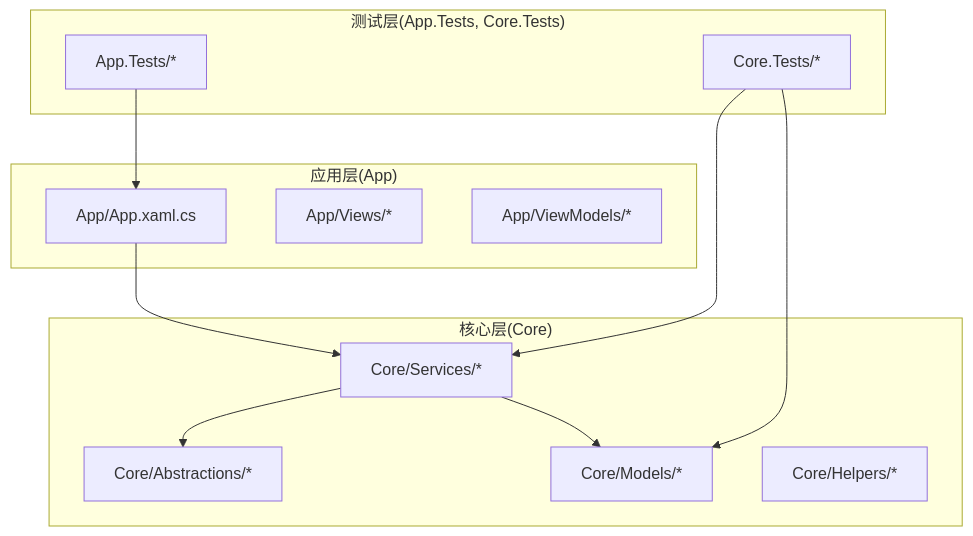
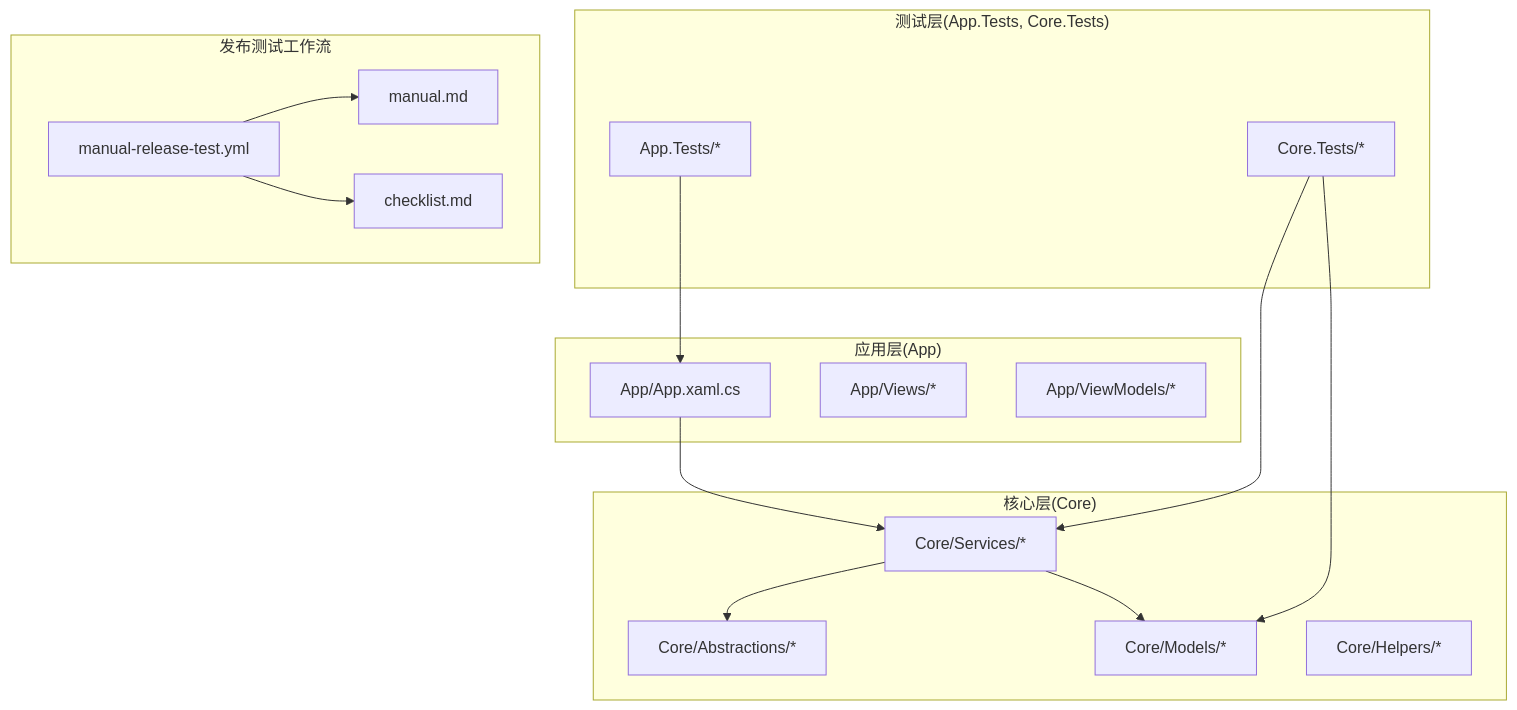
Before and after one commit to terwer/autojs6-dev-tools: the first of 4 diagrams in .qoder/repowiki/zh/content/开发指南/测试策略与质量保证.md, drawn with Mermaid. The commit also changed other lines of this file and 4 other files, not shown here.

````diff
--- a/.qoder/repowiki/zh/content/开发指南/测试策略与质量保证.md
+++ b/.qoder/repowiki/zh/content/开发指南/测试策略与质量保证.md
@@ -40,24 +60,31 @@
 ```mermaid
 graph TB
 subgraph "应用层(App)"
 APP["App/App.xaml.cs"]
 VIEWS["App/Views/*"]
 VM["App/ViewModels/*"]
 end
 subgraph "核心层(Core)"
 IFACES["Core/Abstractions/*"]
 MODELS["Core/Models/*"]
 HELPERS["Core/Helpers/*"]
 SERVICES["Core/Services/*"]
 end
 subgraph "测试层(App.Tests, Core.Tests)"
 AT["App.Tests/*"]
 CT["Core.Tests/*"]
 end
+subgraph "发布测试工作流"
+WT["manual-release-test.yml"]
+DOC["manual.md"]
+CHK["checklist.md"]
+end
 APP --> SERVICES
 SERVICES --> MODELS
 SERVICES --> IFACES
 AT --> APP
 CT --> SERVICES
 CT --> MODELS
+WT --> DOC
+WT --> CHK
 ```
````
